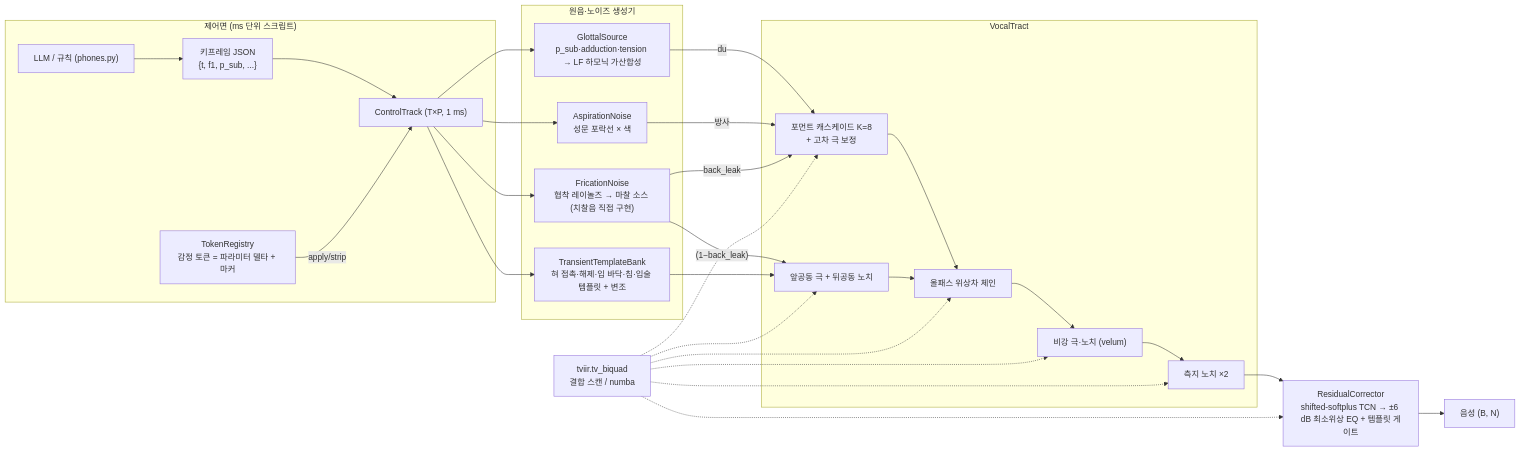
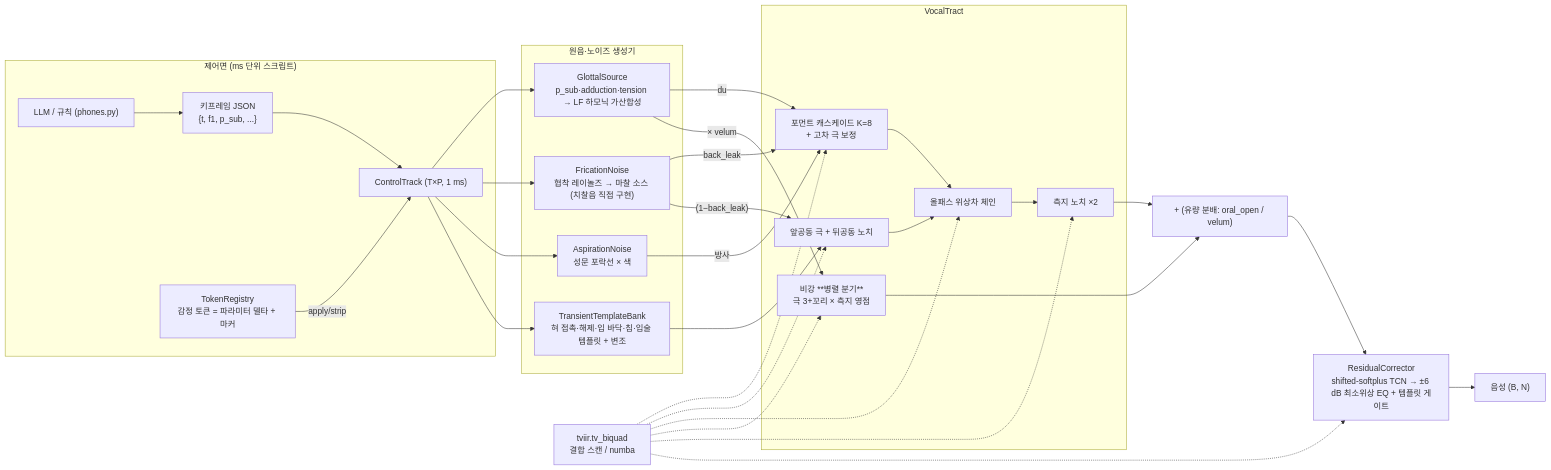
The first of 5 diagrams in docs/ARCHITECTURE.md (godsods3122-dot/Formant_ml), drawn with Mermaid before and after one commit. The commit also changed 18 other files, not shown here.

````diff
--- a/docs/ARCHITECTURE.md
+++ b/docs/ARCHITECTURE.md
@@ -8,30 +8,31 @@
 ```mermaid
 flowchart LR
   subgraph Control["제어면 (ms 단위 스크립트)"]
     LLM["LLM / 규칙 (phones.py)"] --> KF["키프레임 JSON<br/>{t, f1, p_sub, ...}"]
     KF --> CT["ControlTrack (T×P, 1 ms)"]
     TOK["TokenRegistry<br/>감정 토큰 = 파라미터 델타 + 마커"] -- apply/strip --> CT
   end
   subgraph Sources["원음·노이즈 생성기"]
     G["GlottalSource<br/>p_sub·adduction·tension → LF 하모닉 가산합성"]
     FN["FricationNoise<br/>협착 레이놀즈 → 마찰 소스 (치찰음 직접 구현)"]
     AN["AspirationNoise<br/>성문 포락선 × 색"]
     TB["TransientTemplateBank<br/>혀 접촉·해제·입 바닥·침·입술 템플릿 + 변조"]
   end
   subgraph Tract["VocalTract"]
     FC["포먼트 캐스케이드 K=8<br/>+ 고차 극 보정"]
     FR["앞공동 극 + 뒤공동 노치"]
     AP["올패스 위상차 체인"]
-    NS["비강 극·노치 (velum)"]
+    NS["비강 **병렬 분기**<br/>극 3+꼬리 × 측지 영점"]
     LT["측지 노치 ×2"]
   end
   RS["ResidualCorrector<br/>shifted-softplus TCN → ±6 dB 최소위상 EQ + 템플릿 게이트"]
   CT --> G & FN & AN & TB
   G -- du --> FC
   AN -- 방사 --> FC
   FN -- back_leak --> FC
   FN -- "(1−back_leak)" --> FR
   TB --> FR
-  FC & FR --> AP --> NS --> LT --> RS --> OUT["음성 (B, N)"]
+  FC & FR --> AP --> LT --> SUM["+ (유량 분배: oral_open / velum)"] --> RS --> OUT["음성 (B, N)"]
+  G -- "× velum" --> NS --> SUM
   TV["tviir.tv_biquad<br/>결합 스캔 / numba"] -.-> FC & FR & AP & NS & LT & RS
 ```
````
